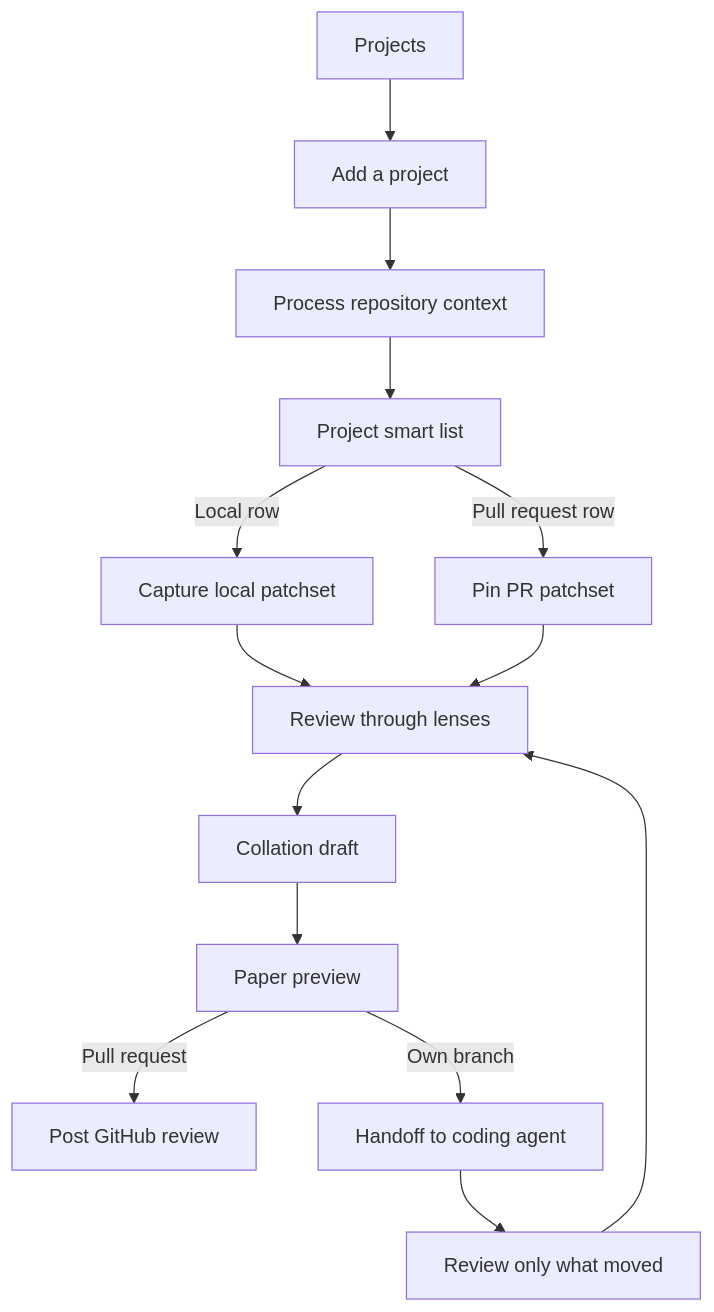
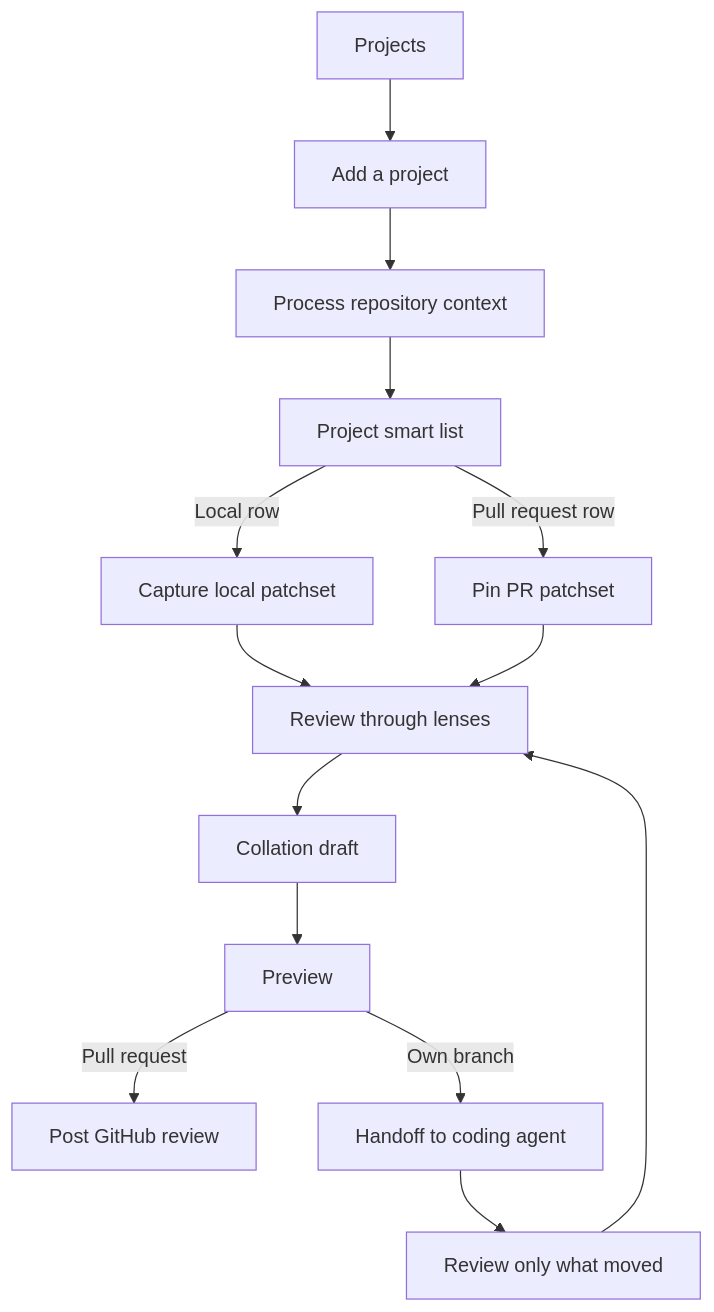
Before and after one commit to rbutera/Rennet: the diagram in docs/src/content/docs/using/guide/user-journey.md, drawn with Mermaid. The commit also changed other lines of this file and 53 other files, not shown here.

First line of the commit message:
refactor(language): drop the paper/signing metaphor entirely — preview → post (Rai, 2026-08-18)

````diff
--- a/docs/src/content/docs/using/guide/user-journey.md
+++ b/docs/src/content/docs/using/guide/user-journey.md
@@ -17,16 +17,16 @@
 ```mermaid
 flowchart TD
   projects[Projects] --> add[Add a project]
   add --> process[Process repository context]
   process --> detail[Project smart list]
   detail -->|Local row| local[Capture local patchset]
   detail -->|Pull request row| pr[Pin PR patchset]
   local --> review[Review through lenses]
   pr --> review
   review --> draft[Collation draft]
-  draft --> paper[Paper preview]
-  paper -->|Pull request| post[Post GitHub review]
-  paper -->|Own branch| handoff[Handoff to coding agent]
+  draft --> preview[Preview]
+  preview -->|Pull request| post[Post GitHub review]
+  preview -->|Own branch| handoff[Handoff to coding agent]
   handoff --> delta[Review only what moved]
   delta --> review
 ```
````
